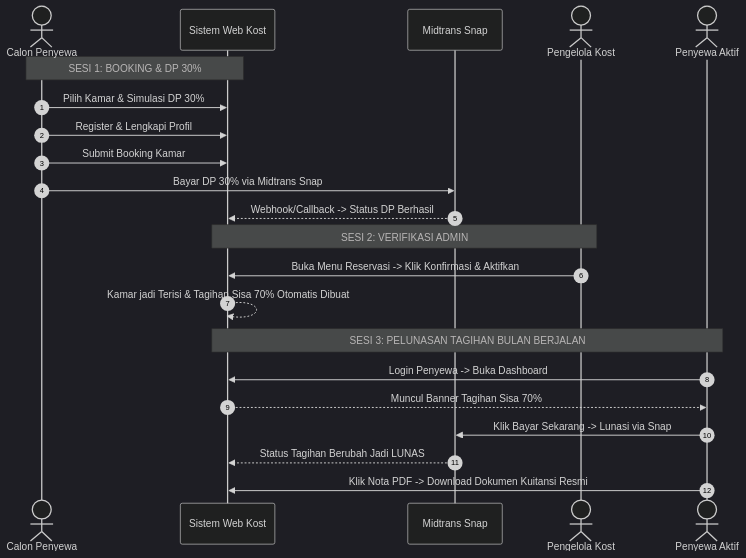
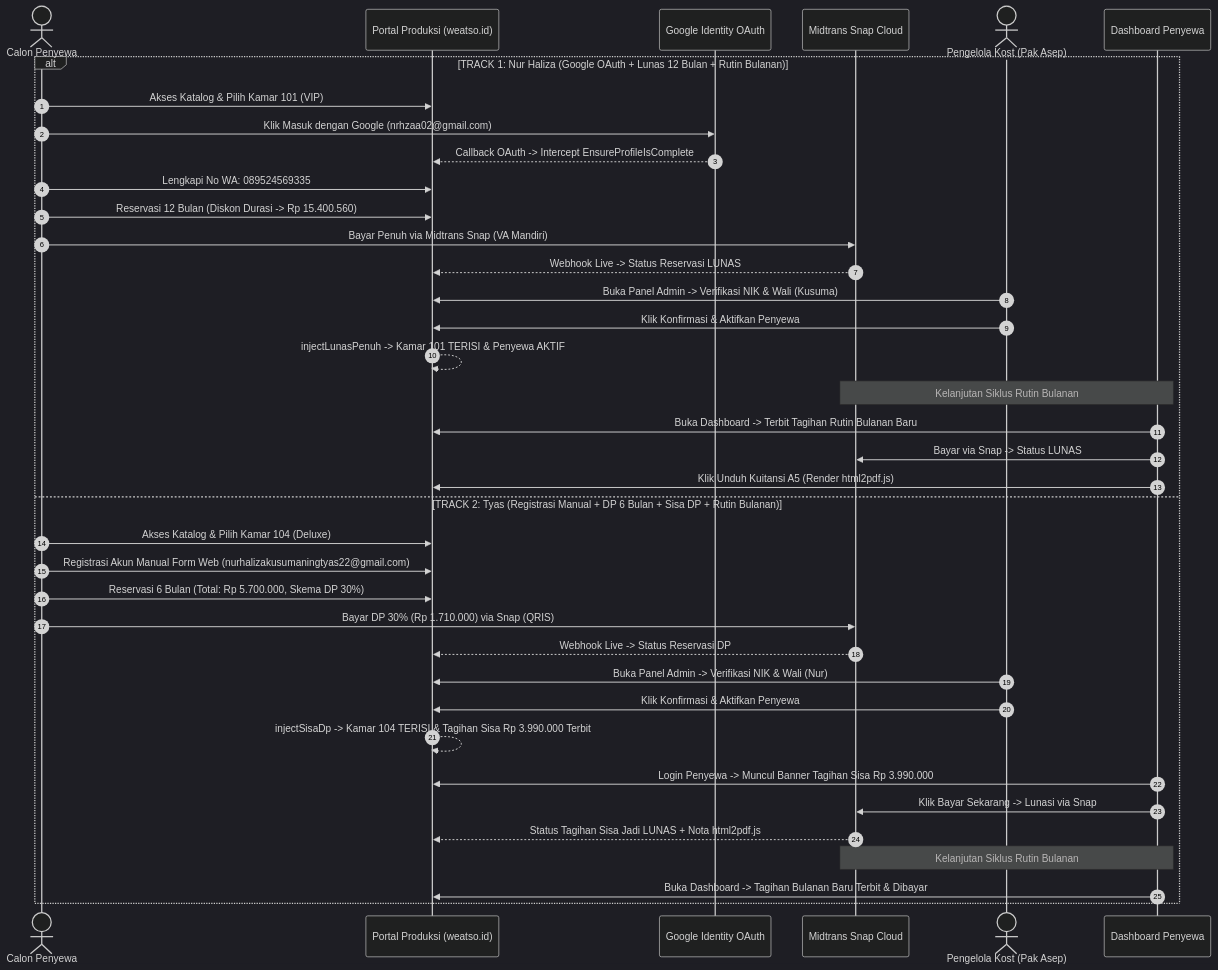
Before and after one commit to rafifarsyapradiva/asri-boarding-house: the second of 2 diagrams in Blueprint/uji_coba_demo.md, drawn with Mermaid (dark theme). The commit also changed other lines of this file and 22 other files, not shown here.

Commit message:
docs(blueprint): harmonisasi skenario penyewa & admin, panduan demo sidang skripsi data riil produksi live, dan finalisasi 9 diagram visual v247.0

````diff
--- a/Blueprint/uji_coba_demo.md
+++ b/Blueprint/uji_coba_demo.md
@@ -76,27 +97,41 @@
 ```mermaid
 sequenceDiagram
     autonumber
     actor User as Calon Penyewa
-    participant Web as Sistem Web Kost
-    participant Midtrans as Midtrans Snap
-    actor Admin as Pengelola Kost
-    actor Tenant as Penyewa Aktif
+    participant Web as Portal Produksi (weatso.id)
+    participant Google as Google Identity OAuth
+    participant Midtrans as Midtrans Snap Cloud
+    actor Admin as Pengelola Kost (Pak Asep)
+    participant Tenant as Dashboard Penyewa
 
-    Note over User,Web: SESI 1: BOOKING & DP 30%
-    User->>Web: Pilih Kamar & Simulasi DP 30%
-    User->>Web: Register & Lengkapi Profil
-    User->>Web: Submit Booking Kamar
-    User->>Midtrans: Bayar DP 30% via Midtrans Snap
-    Midtrans-->>Web: Webhook/Callback -> Status DP Berhasil
-
-    Note over Admin,Web: SESI 2: VERIFIKASI ADMIN
-    Admin->>Web: Buka Menu Reservasi -> Klik Konfirmasi & Aktifkan
-    Web-->>Web: Kamar jadi Terisi & Tagihan Sisa 70% Otomatis Dibuat
-
-    Note over Tenant,Web: SESI 3: PELUNASAN TAGIHAN BULAN BERJALAN
-    Tenant->>Web: Login Penyewa -> Buka Dashboard
-    Web-->>Tenant: Muncul Banner Tagihan Sisa 70%
-    Tenant->>Midtrans: Klik Bayar Sekarang -> Lunasi via Snap
-    Midtrans-->>Web: Status Tagihan Berubah Jadi LUNAS
-    Tenant->>Web: Klik Nota PDF -> Download Dokumen Kuitansi Resmi
+    alt TRACK 1: Nur Haliza (Google OAuth + Lunas 12 Bulan + Rutin Bulanan)
+        User->>Web: Akses Katalog & Pilih Kamar 101 (VIP)
+        User->>Google: Klik Masuk dengan Google (nrhzaa02@gmail.com)
+        Google-->>Web: Callback OAuth -> Intercept EnsureProfileIsComplete
+        User->>Web: Lengkapi No WA: 089524569335
+        User->>Web: Reservasi 12 Bulan (Diskon Durasi -> Rp 15.400.560)
+        User->>Midtrans: Bayar Penuh via Midtrans Snap (VA Mandiri)
+        Midtrans-->>Web: Webhook Live -> Status Reservasi LUNAS
+        Admin->>Web: Buka Panel Admin -> Verifikasi NIK & Wali (Kusuma)
+        Admin->>Web: Klik Konfirmasi & Aktifkan Penyewa
+        Web-->>Web: injectLunasPenuh -> Kamar 101 TERISI & Penyewa AKTIF
+        Note over Tenant,Midtrans: Kelanjutan Siklus Rutin Bulanan
+        Tenant->>Web: Buka Dashboard -> Terbit Tagihan Rutin Bulanan Baru
+        Tenant->>Midtrans: Bayar via Snap -> Status LUNAS
+        Tenant->>Web: Klik Unduh Kuitansi A5 (Render html2pdf.js)
+    else TRACK 2: Tyas (Registrasi Manual + DP 6 Bulan + Sisa DP + Rutin Bulanan)
+        User->>Web: Akses Katalog & Pilih Kamar 104 (Deluxe)
+        User->>Web: Registrasi Akun Manual Form Web (nurhalizakusumaningtyas22@gmail.com)
+        User->>Web: Reservasi 6 Bulan (Total: Rp 5.700.000, Skema DP 30%)
+        User->>Midtrans: Bayar DP 30% (Rp 1.710.000) via Snap (QRIS)
+        Midtrans-->>Web: Webhook Live -> Status Reservasi DP
+        Admin->>Web: Buka Panel Admin -> Verifikasi NIK & Wali (Nur)
+        Admin->>Web: Klik Konfirmasi & Aktifkan Penyewa
+        Web-->>Web: injectSisaDp -> Kamar 104 TERISI & Tagihan Sisa Rp 3.990.000 Terbit
+        Tenant->>Web: Login Penyewa -> Muncul Banner Tagihan Sisa Rp 3.990.000
+        Tenant->>Midtrans: Klik Bayar Sekarang -> Lunasi via Snap
+        Midtrans-->>Web: Status Tagihan Sisa Jadi LUNAS + Nota html2pdf.js
+        Note over Tenant,Midtrans: Kelanjutan Siklus Rutin Bulanan
+        Tenant->>Web: Buka Dashboard -> Tagihan Bulanan Baru Terbit & Dibayar
+    end
 ```
````
